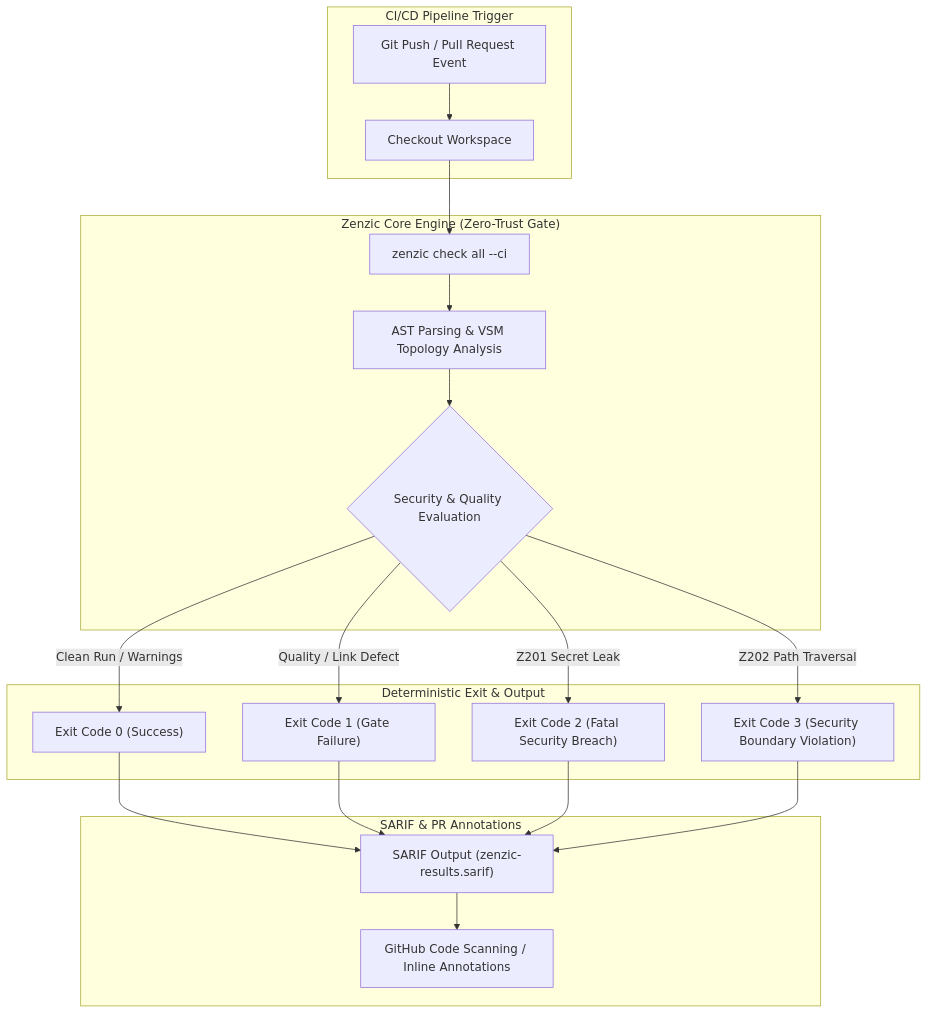
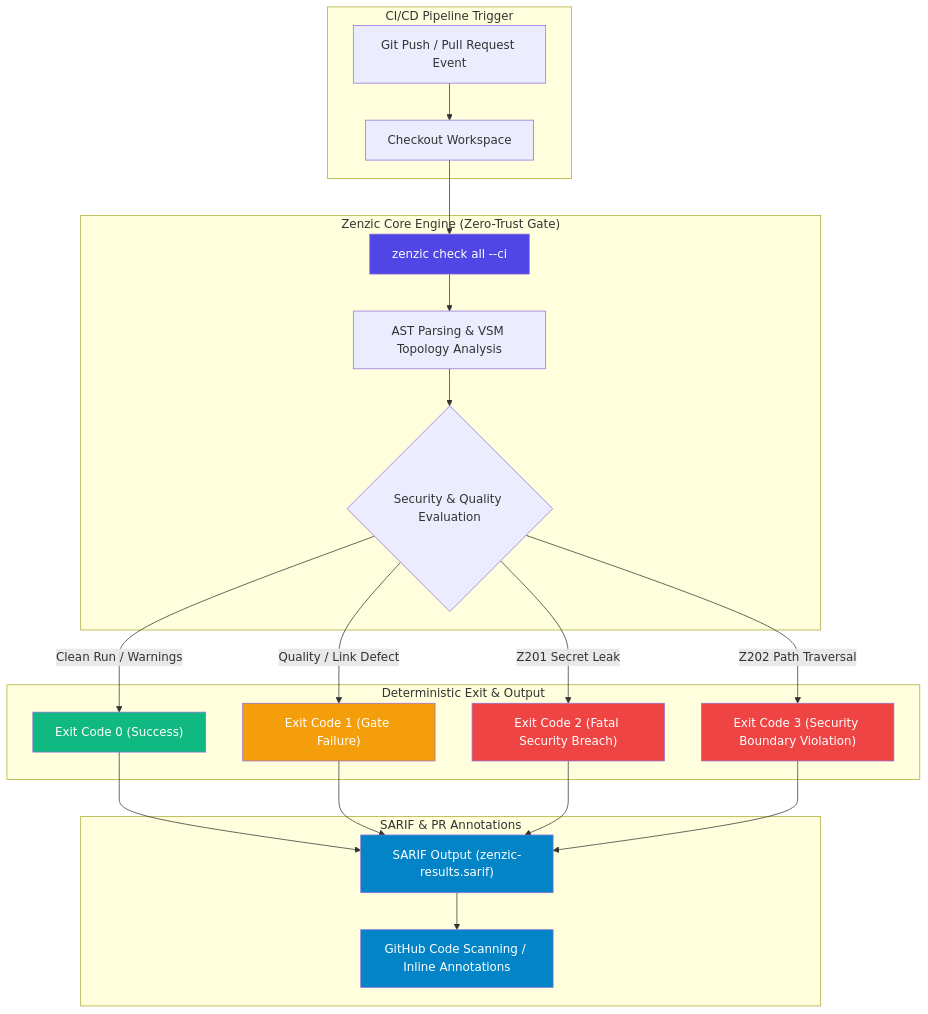
Before and after one commit to PythonWoods-Dev/zenzic: the diagram in docs/how-to/configure-ci-cd.md, drawn with Mermaid. The commit also changed 6 other files, not shown here.

First line of the commit message:
docs(ui): harmonize mermaid diagram styles and suppression governance cards (#219)

````diff
--- a/docs/how-to/configure-ci-cd.md
+++ b/docs/how-to/configure-ci-cd.md
@@ -20,24 +20,32 @@
 ```mermaid
 flowchart TD
     subgraph Pipeline ["CI/CD Pipeline Trigger"]
         A["Git Push / Pull Request Event"] --> B["Checkout Workspace"]
     end
 
     subgraph Core ["Zenzic Core Engine (Zero-Trust Gate)"]
         B --> C["zenzic check all --ci"]
         C --> D["AST Parsing & VSM Topology Analysis"]
         D --> E{"Security & Quality Evaluation"}
     end
 
     subgraph Enforcement ["Deterministic Exit & Output"]
         E -->|Clean Run / Warnings| F["Exit Code 0 (Success)"]
         E -->|Quality / Link Defect| G["Exit Code 1 (Gate Failure)"]
         E -->|Z201 Secret Leak| H["Exit Code 2 (Fatal Security Breach)"]
         E -->|Z202 Path Traversal| I["Exit Code 3 (Security Boundary Violation)"]
     end
 
     subgraph Transport ["SARIF & PR Annotations"]
         F & G & H & I --> J["SARIF Output (zenzic-results.sarif)"]
         J --> K["GitHub Code Scanning / Inline Annotations"]
     end
+
+    style F fill:#10b981,color:#fff
+    style G fill:#f59e0b,color:#fff
+    style H fill:#ef4444,color:#fff
+    style I fill:#ef4444,color:#fff
+    style C fill:#4f46e5,color:#fff
+    style J fill:#0284c7,color:#fff
+    style K fill:#0284c7,color:#fff
 ```
````
